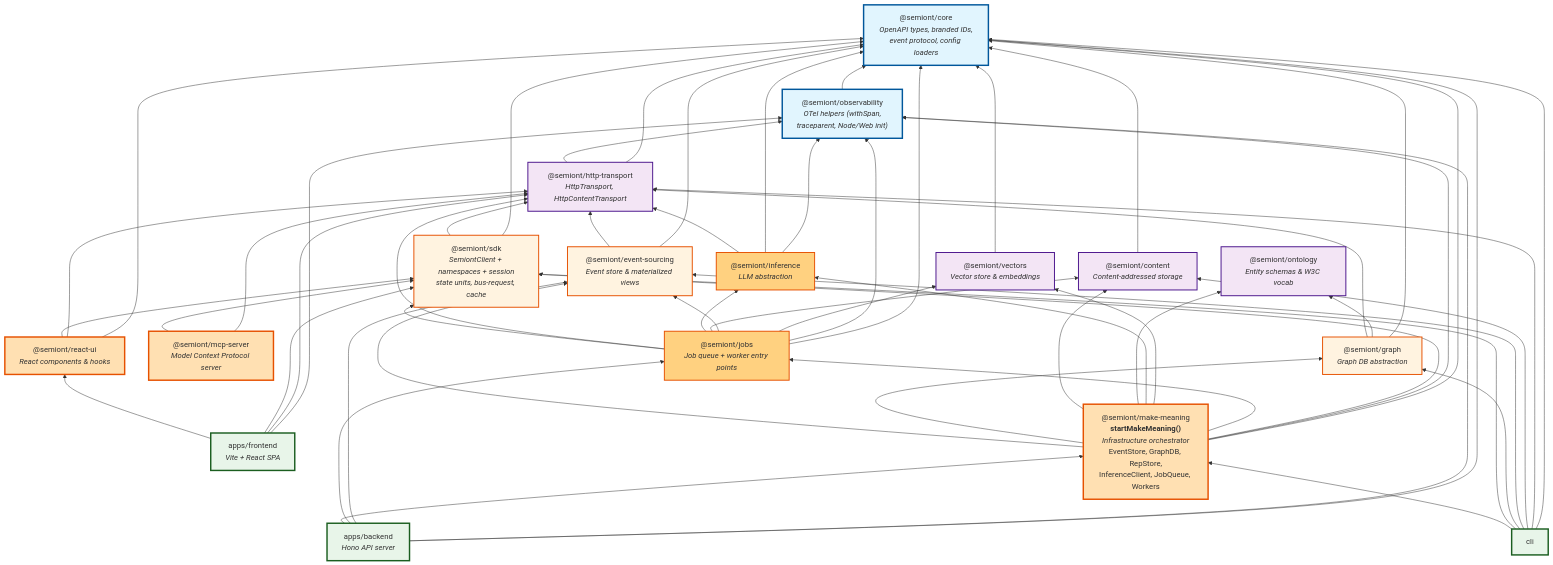
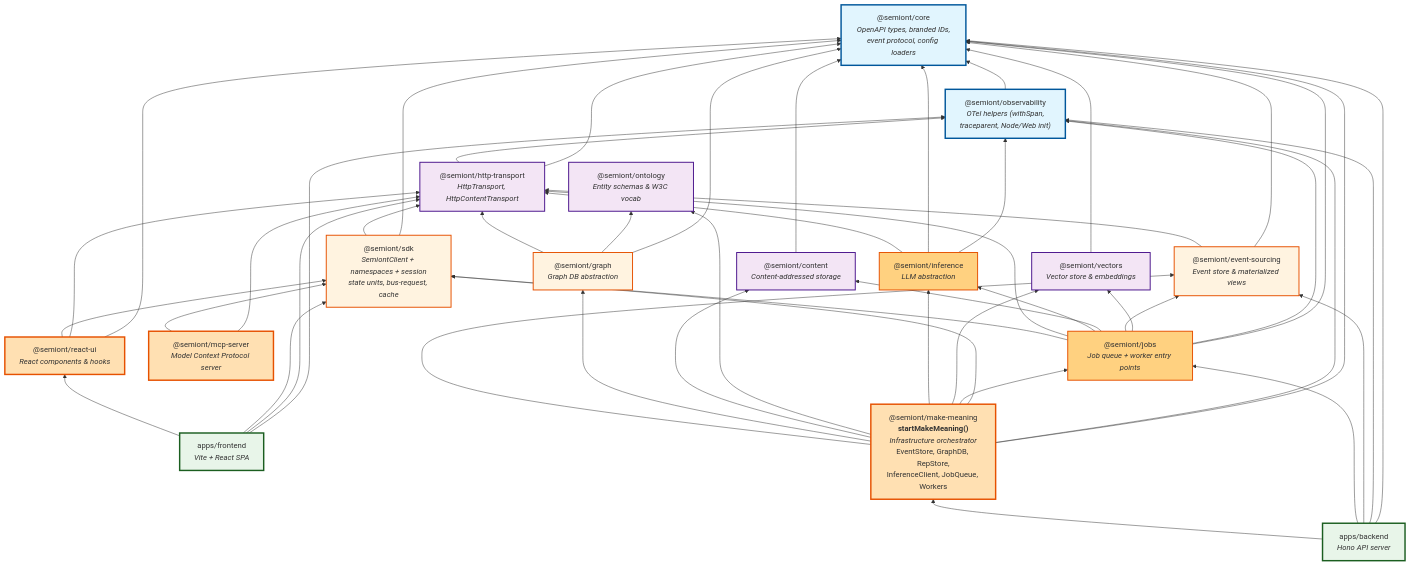
Before and after one commit to The-AI-Alliance/semiont: the diagram in docs/system/PACKAGE-ARCHITECTURE.md, drawn with Mermaid. The commit also changed 12 other files, not shown here.

````diff
--- a/docs/system/PACKAGE-ARCHITECTURE.md
+++ b/docs/system/PACKAGE-ARCHITECTURE.md
@@ -46,13 +46,6 @@
     frontend --> sdk
     frontend --> api
     frontend --> obs
-    cli --> meaning
-    cli --> sdk
-    cli --> graph_pkg
-    cli --> event
-    cli --> content
-    cli --> api
-    cli --> core
 
     %% Application logic dependencies
     meaning --> event
@@ -116,5 +109,5 @@
     class sdk,event,graph_pkg layer2
     class inference,jobs layer3
     class meaning,react,mcp layer4
-    class backend,frontend,cli layer5
+    class backend,frontend layer5
 ```
````
